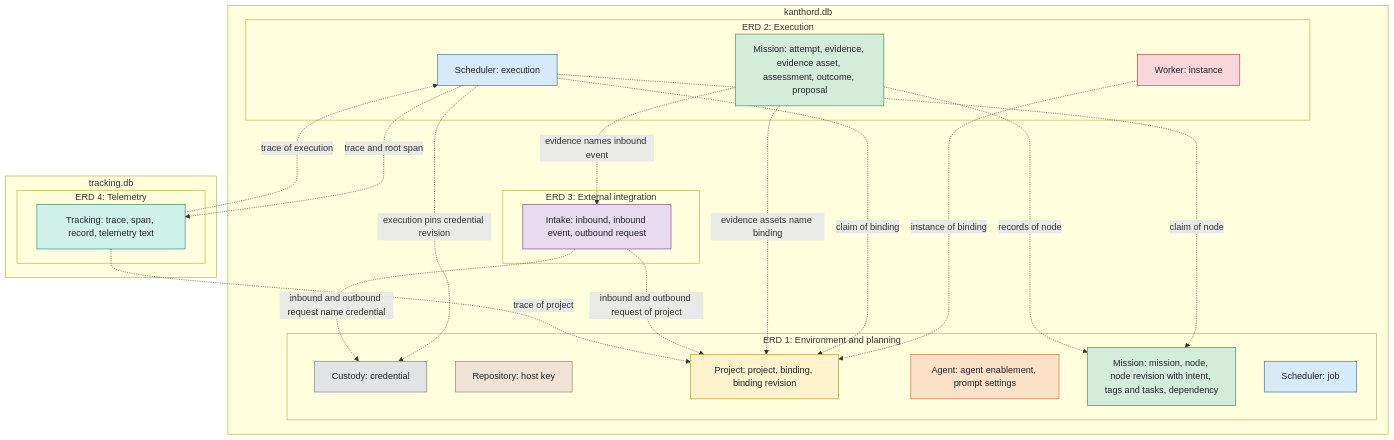
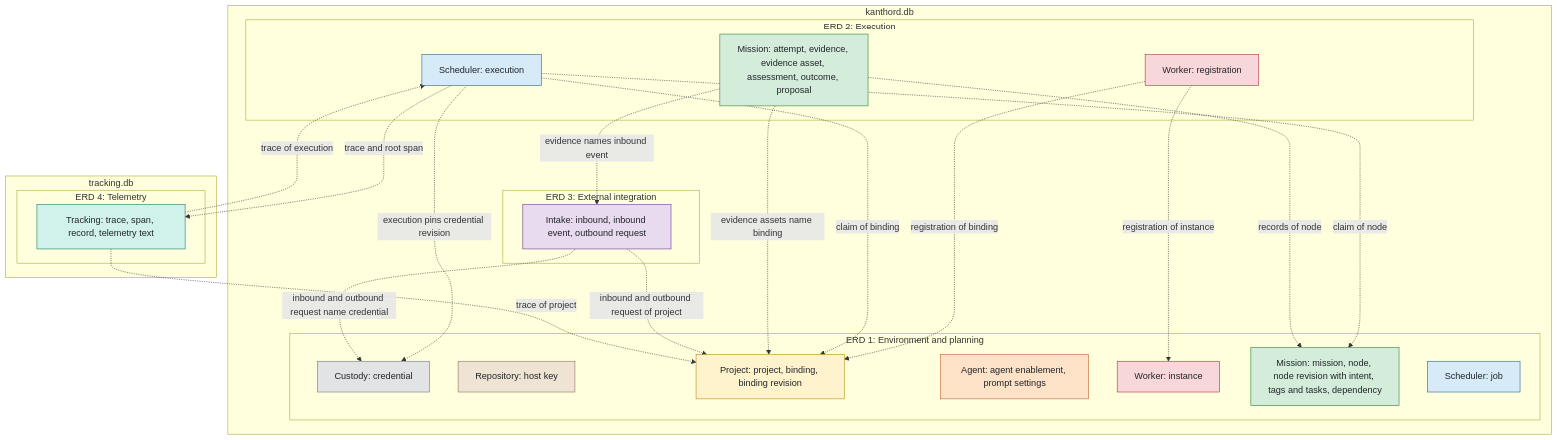
The diagram in docs/reference/erd/README.md (kanthorlabs/kanthord), drawn with Mermaid before and after one commit. The commit also changed other lines of this file and 3 other files, not shown here.

Commit message:
docs: add the worker instance and the credential holder to the schema

````diff
--- a/docs/reference/erd/README.md
+++ b/docs/reference/erd/README.md
@@ -32,61 +32,63 @@
 ```mermaid
 flowchart TB
     subgraph db1["kanthord.db"]
         subgraph v1["ERD 1: Environment and planning"]
             c1["Custody: credential"]
             r1["Repository: host key"]
             p1["Project: project, binding, binding revision"]
             a1["Agent: agent enablement, prompt settings"]
+            w1["Worker: instance"]
             m1["Mission: mission, node, node revision with intent, tags and tasks, dependency"]
             s1["Scheduler: job"]
         end
         subgraph v2["ERD 2: Execution"]
-            w2["Worker: instance"]
+            w2["Worker: registration"]
             s2["Scheduler: execution"]
             m2["Mission: attempt, evidence, evidence asset, assessment, outcome, proposal"]
         end
         subgraph v3["ERD 3: External integration"]
             i3["Intake: inbound, inbound event, outbound request"]
         end
     end
     subgraph db2["tracking.db"]
         subgraph v4["ERD 4: Telemetry"]
             t4["Tracking: trace, span, record, telemetry text"]
         end
     end
 
-    w2 -.->|instance of binding| p1
+    w2 -.->|registration of binding| p1
+    w2 -.->|registration of instance| w1
     s2 -.->|claim of node| m1
     s2 -.->|claim of binding| p1
     s2 -.->|execution pins credential revision| c1
     m2 -.->|records of node| m1
     m2 -.->|evidence assets name binding| p1
 
     i3 -.->|inbound and outbound request of project| p1
     i3 -.->|inbound and outbound request name credential| c1
     m2 -.->|evidence names inbound event| i3
 
     t4 -.->|trace of execution| s2
     s2 -.->|trace and root span| t4
     t4 -.->|trace of project| p1
 
     classDef custody fill:#e2e3e5,stroke:#6c757d,color:#212529
     classDef repository fill:#efe3d3,stroke:#8d6e63,color:#212529
     classDef project fill:#fff3cd,stroke:#b8860b,color:#212529
     classDef worker fill:#f8d7da,stroke:#b02a37,color:#212529
     classDef agent fill:#fde2c8,stroke:#c0602b,color:#212529
     classDef mission fill:#d4edda,stroke:#2e7d32,color:#212529
     classDef scheduler fill:#d6eaf8,stroke:#1f618d,color:#212529
     classDef intake fill:#e8daef,stroke:#6c3483,color:#212529
     classDef tracking fill:#d1f2eb,stroke:#117a65,color:#212529
 
     class c1 custody
     class r1 repository
     class p1 project
-    class w2 worker
+    class w1,w2 worker
     class a1 agent
     class m1,m2 mission
     class s1,s2 scheduler
     class i3 intake
     class t4 tracking
 ```
````
